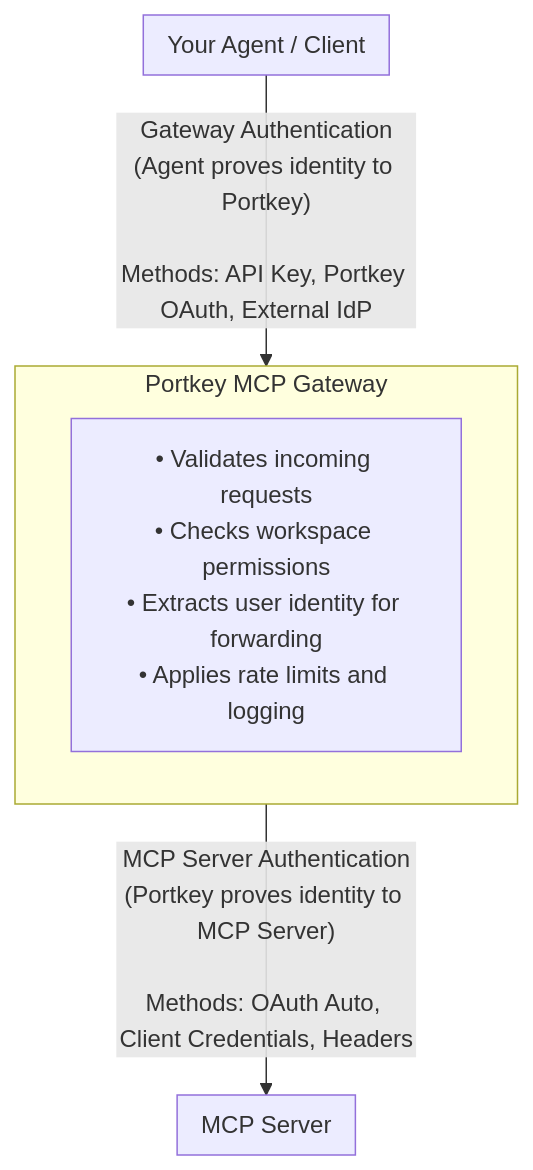
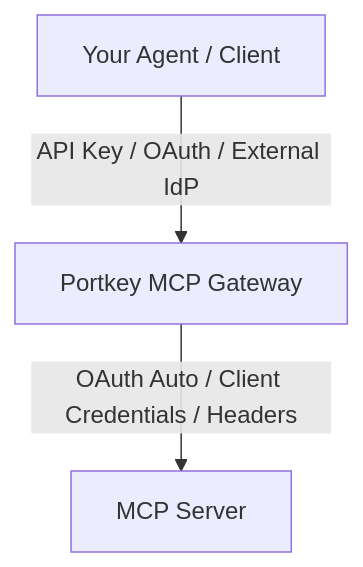
The diagram in product/mcp-gateway/authentication/index.mdx (Portkey-AI/docs-core), drawn with Mermaid before and after one commit. The commit also changed other lines of this file, not shown here.

Commit message:
small content fix 2

````diff
--- a/product/mcp-gateway/authentication/index.mdx
+++ b/product/mcp-gateway/authentication/index.mdx
@@ -10,16 +10,9 @@
 ```mermaid
 flowchart TB
-    subgraph Client["Your Agent / Client"]
-    end
+    Agent[Your Agent / Client]
+    Gateway[Portkey MCP Gateway]
+    Server[MCP Server]
     
-    Client -->|"Gateway Authentication<br/>(Agent proves identity to Portkey)<br/><br/>Methods: API Key, Portkey OAuth, External IdP"| Gateway
-    
-    subgraph Gateway["Portkey MCP Gateway"]
-        GatewayFunctions["• Validates incoming requests<br/>• Checks workspace permissions<br/>• Extracts user identity for forwarding<br/>• Applies rate limits and logging"]
-    end
-    
-    Gateway -->|"MCP Server Authentication<br/>(Portkey proves identity to MCP Server)<br/><br/>Methods: OAuth Auto, Client Credentials, Headers"| MCPServer
-    
-    subgraph MCPServer["MCP Server"]
-    end
+    Agent -- "API Key / OAuth / External IdP" --> Gateway
+    Gateway -- "OAuth Auto / Client Credentials / Headers" --> Server
 ```
````
